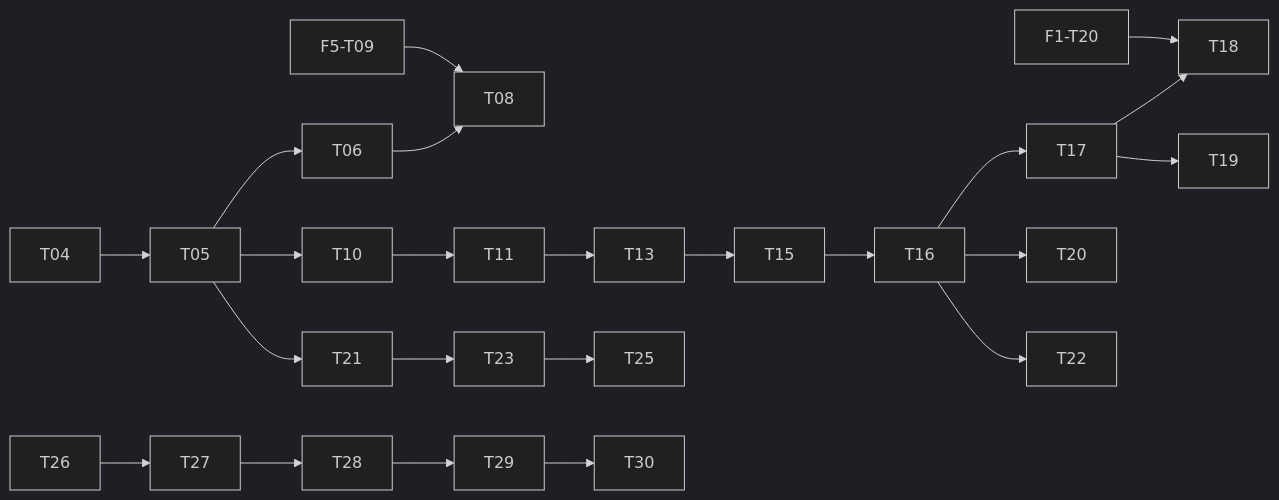
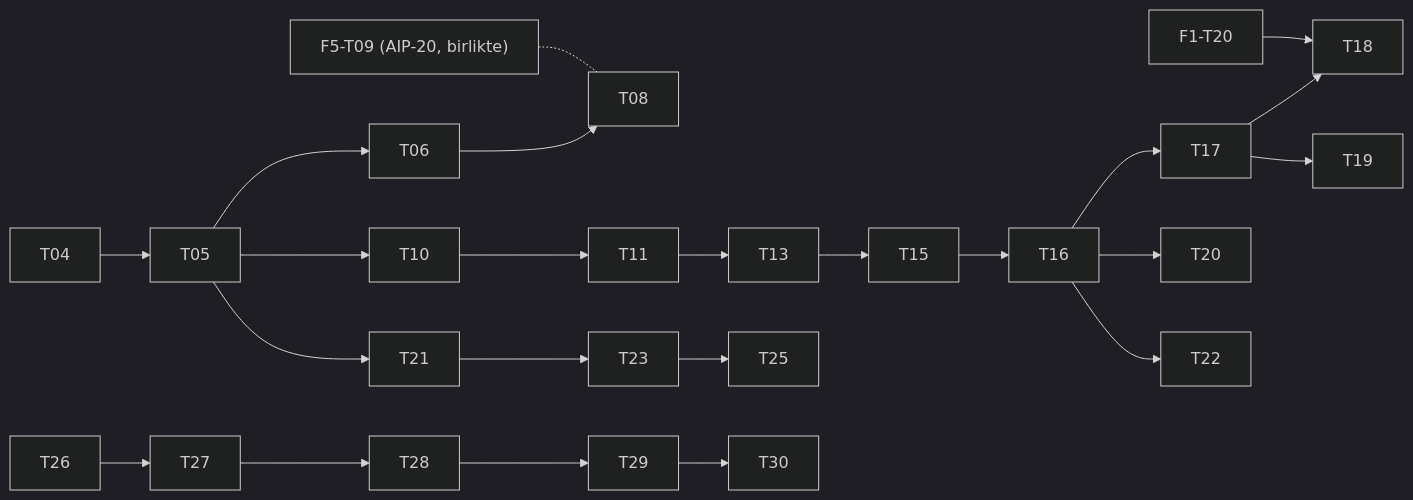
The diagram in docs/stages/F6-rendering-transport/tasks.md (seydivakkas/FreyaOtomotivUltra), drawn with Mermaid (dark theme) before and after one commit. The commit also changed other lines of this file and 13 other files, not shown here.

````diff
--- a/docs/stages/F6-rendering-transport/tasks.md
+++ b/docs/stages/F6-rendering-transport/tasks.md
@@ -222,13 +224,13 @@
 ```mermaid
 flowchart LR
     T04 --> T05 --> T06 --> T08
-    F5T09["F5-T09"] --> T08
+    F5T09["F5-T09 (AIP-20, birlikte)"] -.- T08
     T05 --> T10 --> T11 --> T13
     T13 --> T15 --> T16 --> T17 --> T18
     F1T20["F1-T20"] --> T18
     T17 --> T19
     T16 --> T20 & T22
     T05 --> T21 --> T23
     T23 --> T25
     T26 --> T27 --> T28 --> T29 --> T30
 ```
````
